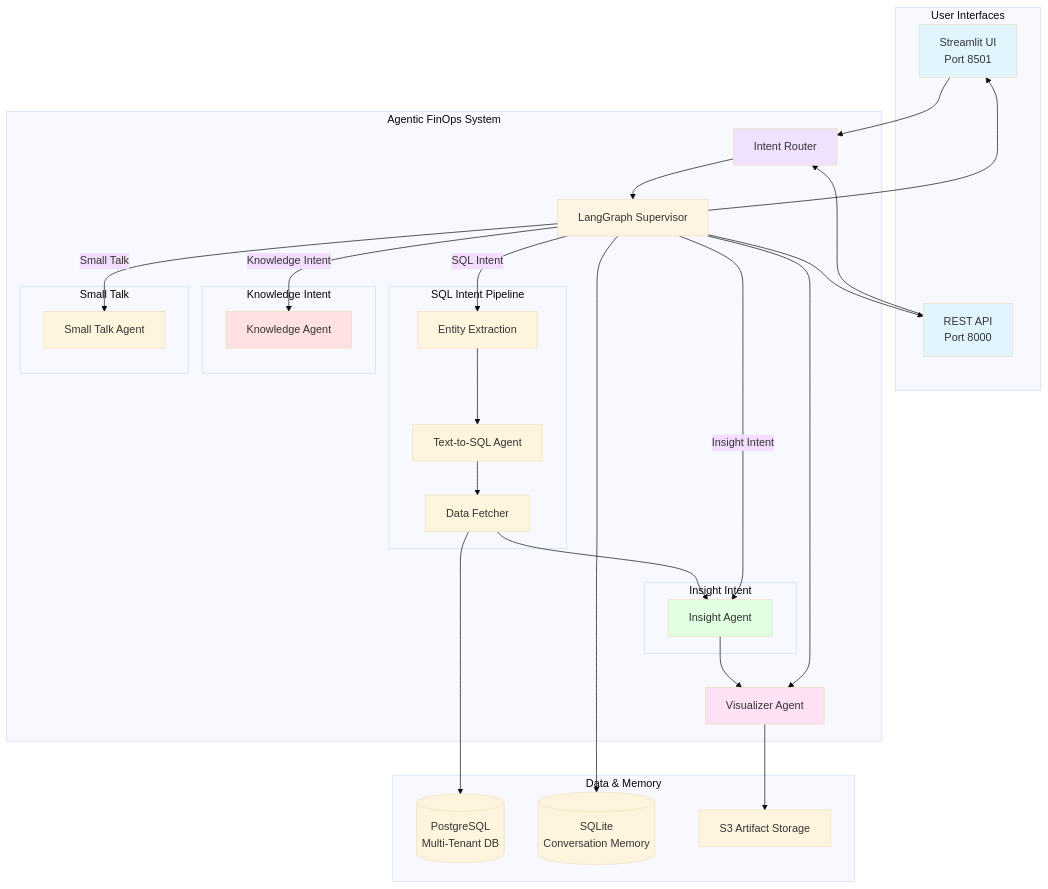
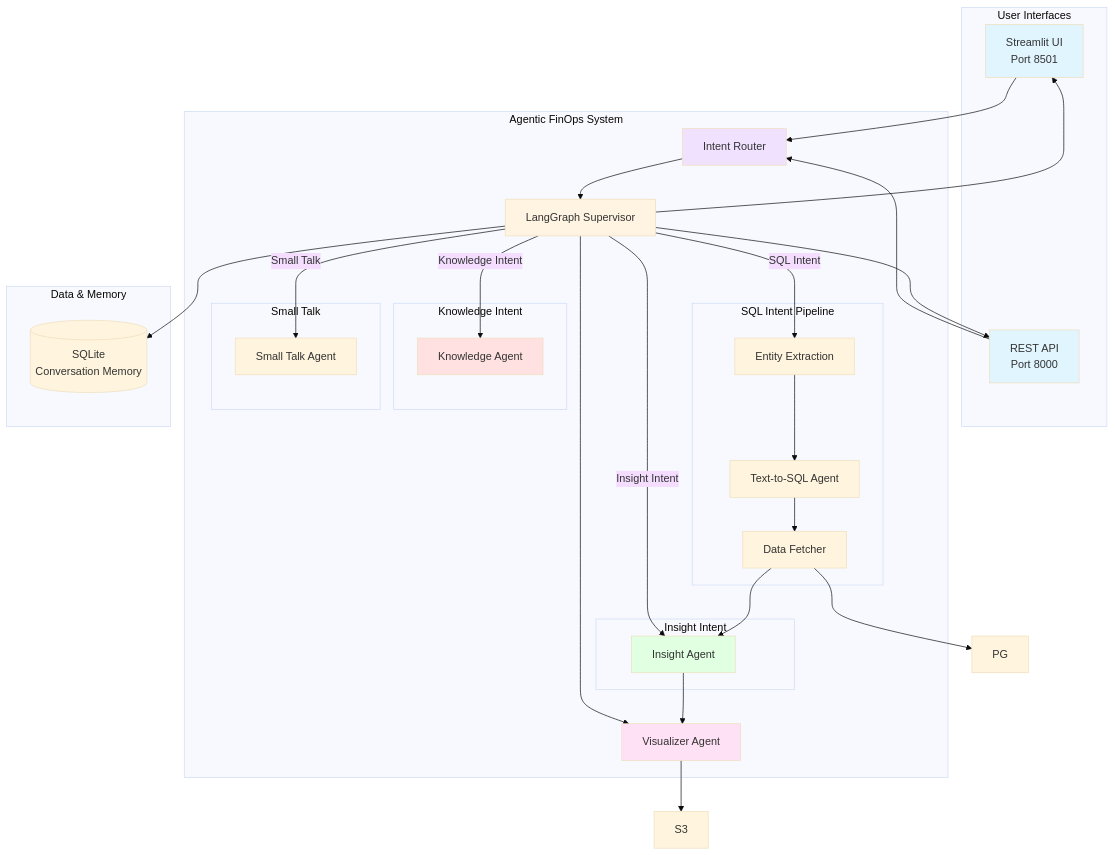
One commit to Suchi-BITS/ReadyTensor_Project-2 changed the first of 8 diagrams in rd.md. Above: the diagram before and after it, drawn with Mermaid (base theme).

````diff
--- a/rd.md
+++ b/rd.md
@@ -104,66 +104,66 @@
 ```mermaid
 graph TB
     subgraph "User Interfaces"
         UI[Streamlit UI<br/>Port 8501]
         API[REST API<br/>Port 8000]
     end
     
     subgraph "Agentic FinOps System"
         Router[Intent Router]
         Supervisor[LangGraph Supervisor]
         
         subgraph "SQL Intent Pipeline"
             Entity[Entity Extraction]
             Text2SQL[Text-to-SQL Agent]
             DataFetcher[Data Fetcher]
         end
         
         subgraph "Insight Intent"
             Insight[Insight Agent]
         end
         
         subgraph "Knowledge Intent"
             Knowledge[Knowledge Agent]
         end
         
         subgraph "Small Talk"
             SmallTalk[Small Talk Agent]
         end
         
         Visualizer[Visualizer Agent]
     end
     
     subgraph "Data & Memory"
-        PG[(PostgreSQL<br/>Multi-Tenant DB)]
+        
         SQLite[(SQLite<br/>Conversation Memory)]
-        S3[S3 Artifact Storage]
+        
     end
     
     UI --> Router
     API --> Router
     Router --> Supervisor
     Supervisor -->|SQL Intent| Entity
     Entity --> Text2SQL
     Text2SQL --> DataFetcher
     DataFetcher --> Insight
     Supervisor -->|Insight Intent| Insight
     Supervisor -->|Knowledge Intent| Knowledge
     Supervisor -->|Small Talk| SmallTalk
     Insight --> Visualizer
     Supervisor --> Visualizer
     
     DataFetcher --> PG
     Supervisor --> SQLite
     Visualizer --> S3
     
     Supervisor --> UI
     Supervisor --> API
     
     style UI fill:#e1f5ff
     style API fill:#e1f5ff
     style Supervisor fill:#fff4e1
     style Router fill:#f0e1ff
     style Insight fill:#e1ffe1
     style Knowledge fill:#ffe1e1
     style Visualizer fill:#ffe1f5
 ```
````
